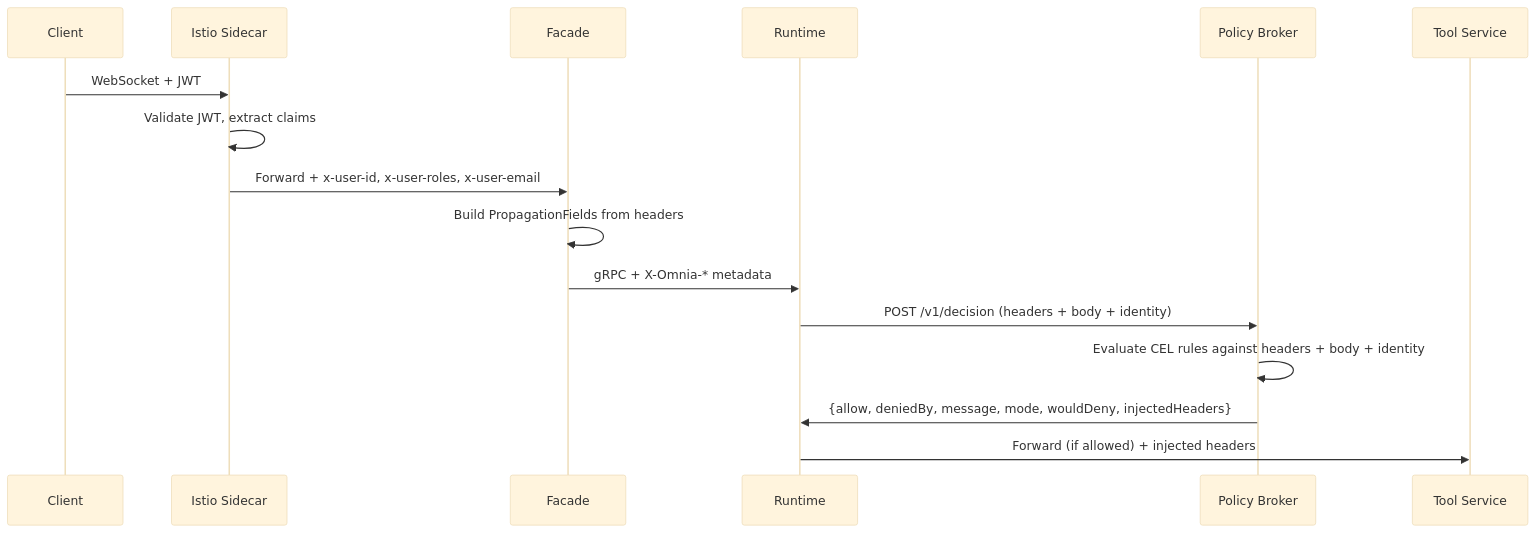
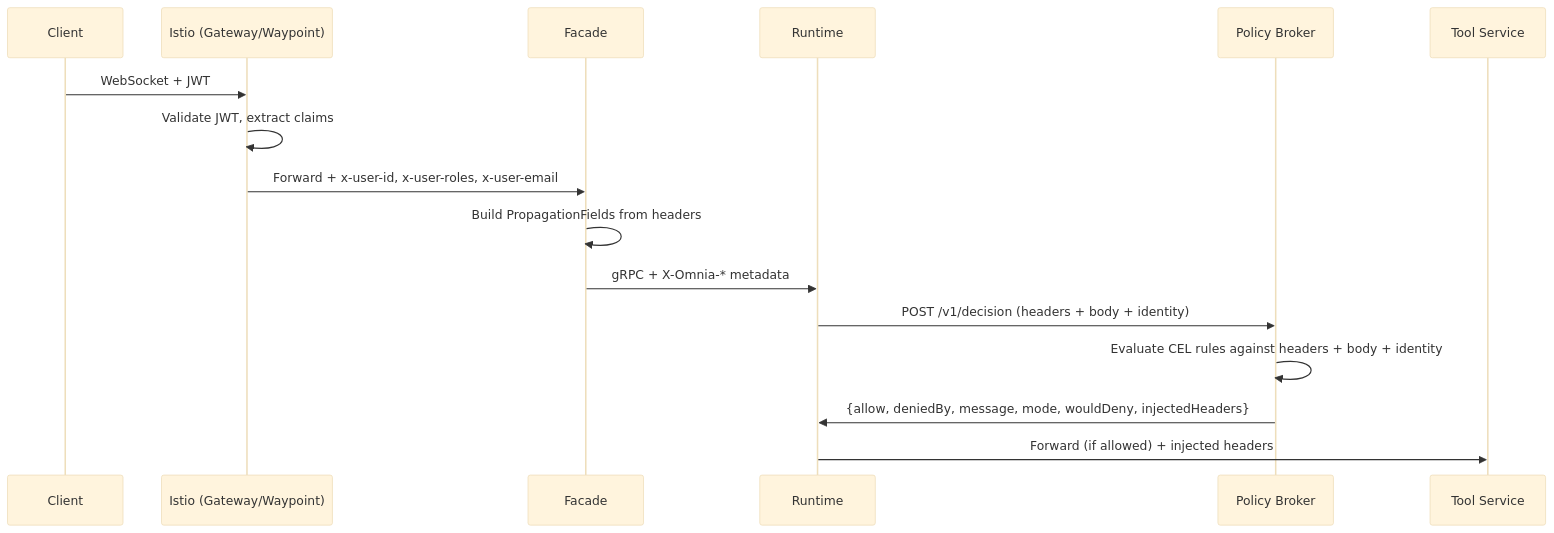
Before and after one commit to AltairaLabs/Omnia: the second of 3 diagrams in docs/src/content/docs/explanation/security/policy-engine.md, drawn with Mermaid (base theme). The commit also changed other lines of this file and 6 other files, not shown here.

````diff
--- a/docs/src/content/docs/explanation/security/policy-engine.md
+++ b/docs/src/content/docs/explanation/security/policy-engine.md
@@ -74,19 +76,19 @@
 ```mermaid
 sequenceDiagram
     participant Client
-    participant Istio as Istio Sidecar
+    participant Istio as Istio (Gateway/Waypoint)
     participant Facade
     participant Runtime
     participant Broker as Policy Broker
     participant Tool as Tool Service
 
     Client->>Istio: WebSocket + JWT
     Istio->>Istio: Validate JWT, extract claims
     Istio->>Facade: Forward + x-user-id, x-user-roles, x-user-email
     Facade->>Facade: Build PropagationFields from headers
     Facade->>Runtime: gRPC + X-Omnia-* metadata
     Runtime->>Broker: POST /v1/decision (headers + body + identity)
     Broker->>Broker: Evaluate CEL rules against headers + body + identity
     Broker->>Runtime: {allow, deniedBy, message, mode, wouldDeny, injectedHeaders}
     Runtime->>Tool: Forward (if allowed) + injected headers
 ```
````
